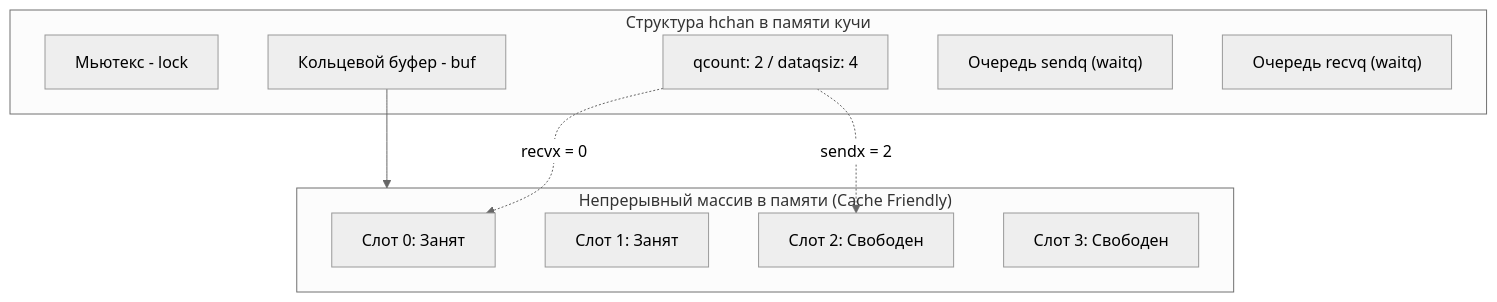
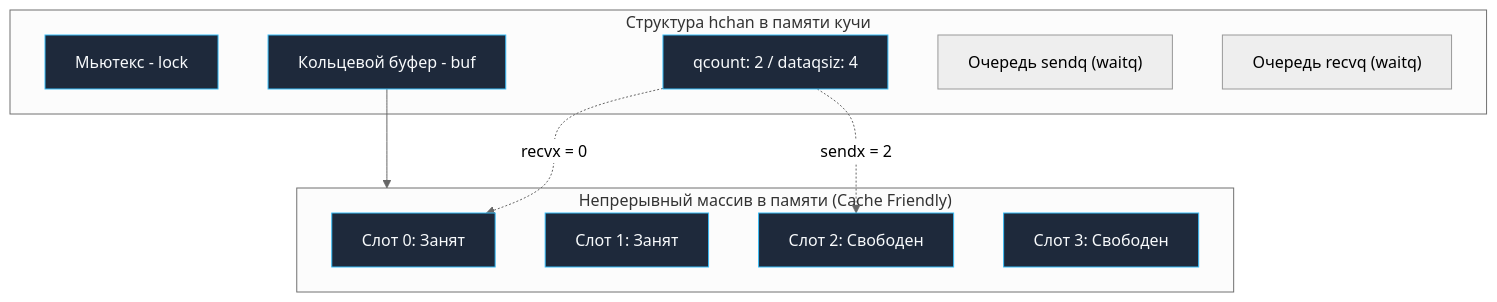
Before and after one commit to UnrealTemplier/go-textbook: the first of 4 diagrams in sources/5. Учебник по Go (Основы и синтаксис)/37. Каналы под капотом. Буферизация, блокировки и select.md, drawn with Mermaid (neutral theme). The commit also changed other lines of this file and 1666 other files, not shown here.

First line of the commit message:
feat(mermaid): add semantic color classDef to 1369 colorless flowchart/graph diagrams

````diff
--- a/sources/5. Учебник по Go (Основы и синтаксис)/37. Каналы под капотом. Буферизация, блокировки и select.md
+++ b/sources/5. Учебник по Go (Основы и синтаксис)/37. Каналы под капотом. Буферизация, блокировки и select.md
@@ -48,21 +48,31 @@
 ```mermaid
 flowchart TD
+    classDef process  fill:#1e293b,stroke:#38bdf8,stroke-width:1px,color:#f8fafc
+    classDef success  fill:#064e3b,stroke:#34d399,stroke-width:1px,color:#f8fafc
+    classDef error    fill:#7f1d1d,stroke:#f87171,stroke-width:1px,color:#f8fafc
+    classDef warning  fill:#78350f,stroke:#fbbf24,stroke-width:1px,color:#f8fafc
+    classDef entry    fill:#1e3a5f,stroke:#38bdf8,stroke-width:2px,color:#f8fafc
+    classDef aux      fill:#334155,stroke:#64748b,stroke-width:1px,color:#f8fafc
+    classDef system   fill:#312e81,stroke:#a78bfa,stroke-width:1px,color:#f8fafc
+    classDef data     fill:#132d29,stroke:#2dd4bf,stroke-width:1px,color:#f8fafc
+    classDef network  fill:#881337,stroke:#fb7185,stroke-width:1px,color:#f8fafc
+    classDef accent   fill:#1e1b4b,stroke:#818cf8,stroke-width:1px,color:#f8fafc
     subgraph HCHAN["Структура hchan в памяти кучи"]
-        L["Мьютекс - lock"]
-        Q["qcount: 2 / dataqsiz: 4"]
-        B["Кольцевой буфер - buf"]
+        L["Мьютекс - lock"]:::process
+        Q["qcount: 2 / dataqsiz: 4"]:::process
+        B["Кольцевой буфер - buf"]:::process
         SQ["Очередь sendq (waitq)"]
         RQ["Очередь recvq (waitq)"]
     end
     
     subgraph BufferArray["Непрерывный массив в памяти (Cache Friendly)"]
-        E0["Слот 0: Занят"]
-        E1["Слот 1: Занят"]
-        E2["Слот 2: Свободен"]
-        E3["Слот 3: Свободен"]
+        E0["Слот 0: Занят"]:::process
+        E1["Слот 1: Занят"]:::process
+        E2["Слот 2: Свободен"]:::process
+        E3["Слот 3: Свободен"]:::process
     end
 
     B --> BufferArray
     Q -.->|recvx = 0| E0
     Q -.->|sendx = 2| E2
 ```
````
